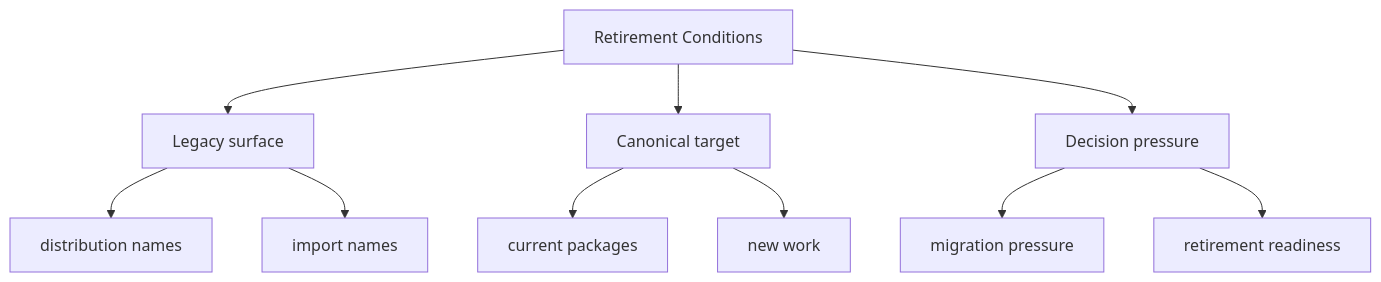
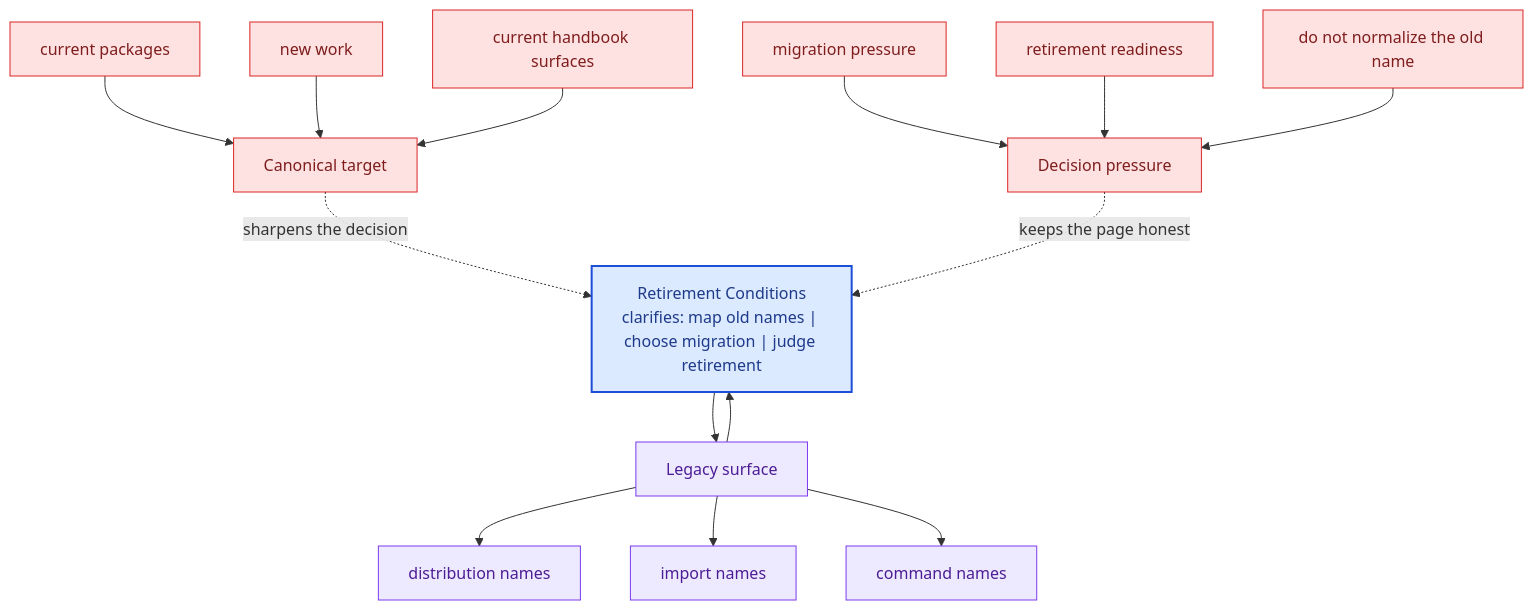
The second of 2 diagrams in docs/compat-packages/retirement-conditions.md (bijux/bijux-canon), drawn with Mermaid before and after one commit. The commit also changed other lines of this file and 281 other files, not shown here.

Commit message:
docs(diagrams): deepen handbook mermaid maps across the catalog

````diff
--- a/docs/compat-packages/retirement-conditions.md
+++ b/docs/compat-packages/retirement-conditions.md
@@ -34,22 +67,40 @@
 ```mermaid
-flowchart TD
-    page["Retirement Conditions"]
+flowchart TB
+    promise["Retirement Conditions<br/>clarifies: map old names | choose migration | judge retirement"]
+    classDef promise fill:#dbeafe,stroke:#1d4ed8,color:#1e3a8a,stroke-width:2px;
+    classDef driver fill:#dcfce7,stroke:#16a34a,color:#14532d;
+    classDef constraint fill:#fee2e2,stroke:#dc2626,color:#7f1d1d;
+    classDef ground fill:#ede9fe,stroke:#7c3aed,color:#4c1d95;
     focus1["Legacy surface"]
-    page --> focus1
+    focus1 --> promise
+    promise --> focus1
     focus1_1["distribution names"]
     focus1 --> focus1_1
     focus1_2["import names"]
     focus1 --> focus1_2
+    focus1_3["command names"]
+    focus1 --> focus1_3
+    class focus1 ground;
+    class focus1_1,focus1_2,focus1_3 ground;
     focus2["Canonical target"]
-    page --> focus2
+    focus2 -.sharpens the decision.-> promise
     focus2_1["current packages"]
-    focus2 --> focus2_1
+    focus2_1 --> focus2
     focus2_2["new work"]
-    focus2 --> focus2_2
+    focus2_2 --> focus2
+    focus2_3["current handbook surfaces"]
+    focus2_3 --> focus2
+    class focus2 constraint;
+    class focus2_1,focus2_2,focus2_3 constraint;
     focus3["Decision pressure"]
-    page --> focus3
+    focus3 -.keeps the page honest.-> promise
     focus3_1["migration pressure"]
-    focus3 --> focus3_1
+    focus3_1 --> focus3
     focus3_2["retirement readiness"]
-    focus3 --> focus3_2
+    focus3_2 --> focus3
+    focus3_3["do not normalize the old name"]
+    focus3_3 --> focus3
+    class focus3 constraint;
+    class focus3_1,focus3_2,focus3_3 constraint;
+    class promise promise;
 ```
````
